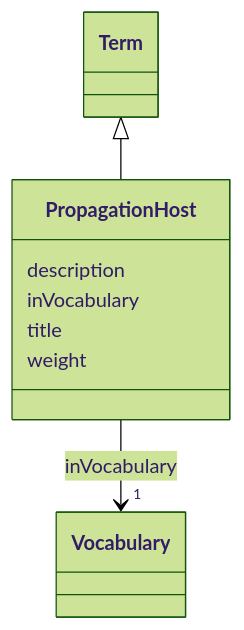
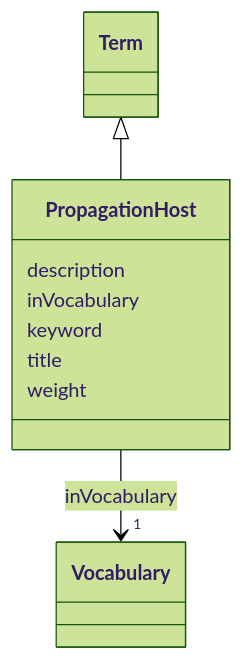
Before and after one commit to EVORA-project/evora-ontology: the diagram in models/docs/PropagationHost.md, drawn with Mermaid (forest theme). The commit also changed other lines of this file and 402 other files, not shown here.

````diff
--- a/models/docs/PropagationHost.md
+++ b/models/docs/PropagationHost.md
@@ -19,24 +19,26 @@
 ```mermaid
  classDiagram
     class PropagationHost
     click PropagationHost href "../PropagationHost"
       Term <|-- PropagationHost
         click Term href "../Term"
       
       PropagationHost : description
         
       PropagationHost : inVocabulary
         
           
     
     
     PropagationHost --> "1" Vocabulary : inVocabulary
     click Vocabulary href "../Vocabulary"
 
         
+      PropagationHost : keyword
+        
       PropagationHost : title
         
       PropagationHost : weight
         
       
 ```
````
